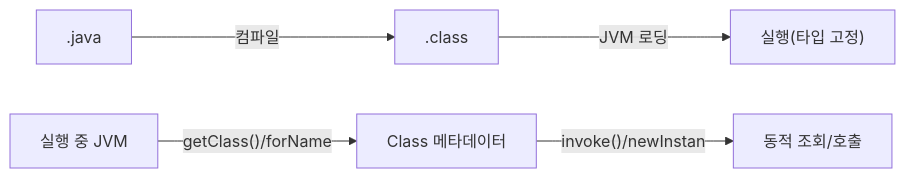
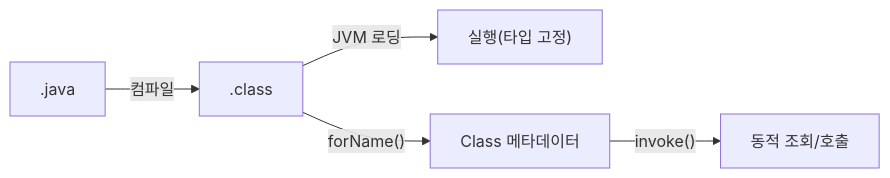
The first of 4 diagrams in _posts/java/2026-05-01-java-reflection.md (yjkim2015/yjkim2015.github.io), drawn with Mermaid before and after one commit. The commit also changed other lines of this file and 245 other files, not shown here.

First line of the commit message:
Mermaid 다이어그램 전면 수정 + 면접 포인트 접기/펼치기 + DB 데드락 페이지

````diff
--- a/_posts/java/2026-05-01-java-reflection.md
+++ b/_posts/java/2026-05-01-java-reflection.md
@@ -24,6 +24,7 @@
 ```mermaid
 graph LR
-    S1[".java"] -->|"컴파일"| B1[".class"] -->|"JVM 로딩"| E1["실행(타입 고정)"]
-    JVM["실행 중 JVM"] -->|"getClass()/forName"| META["Class 메타데이터"]
-    META -->|"invoke()/newInstan"| OP["동적 조회/호출"]
+    A[".java"] -->|"컴파일"| B[".class"]
+    B -->|"JVM 로딩"| C["실행(타입 고정)"]
+    B -->|"forName()"| D["Class 메타데이터"]
+    D -->|"invoke()"| E["동적 조회/호출"]
 ```
````
